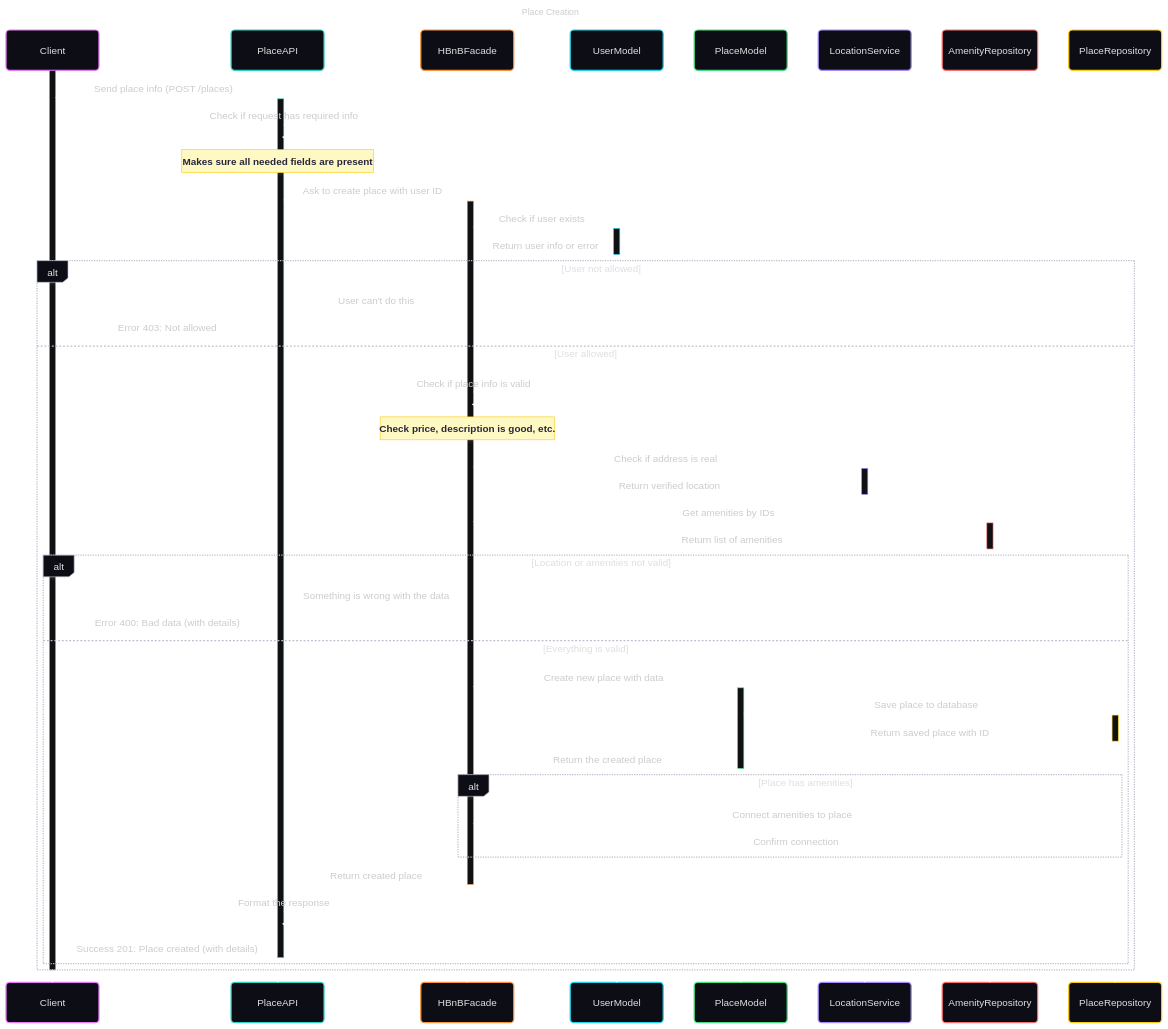
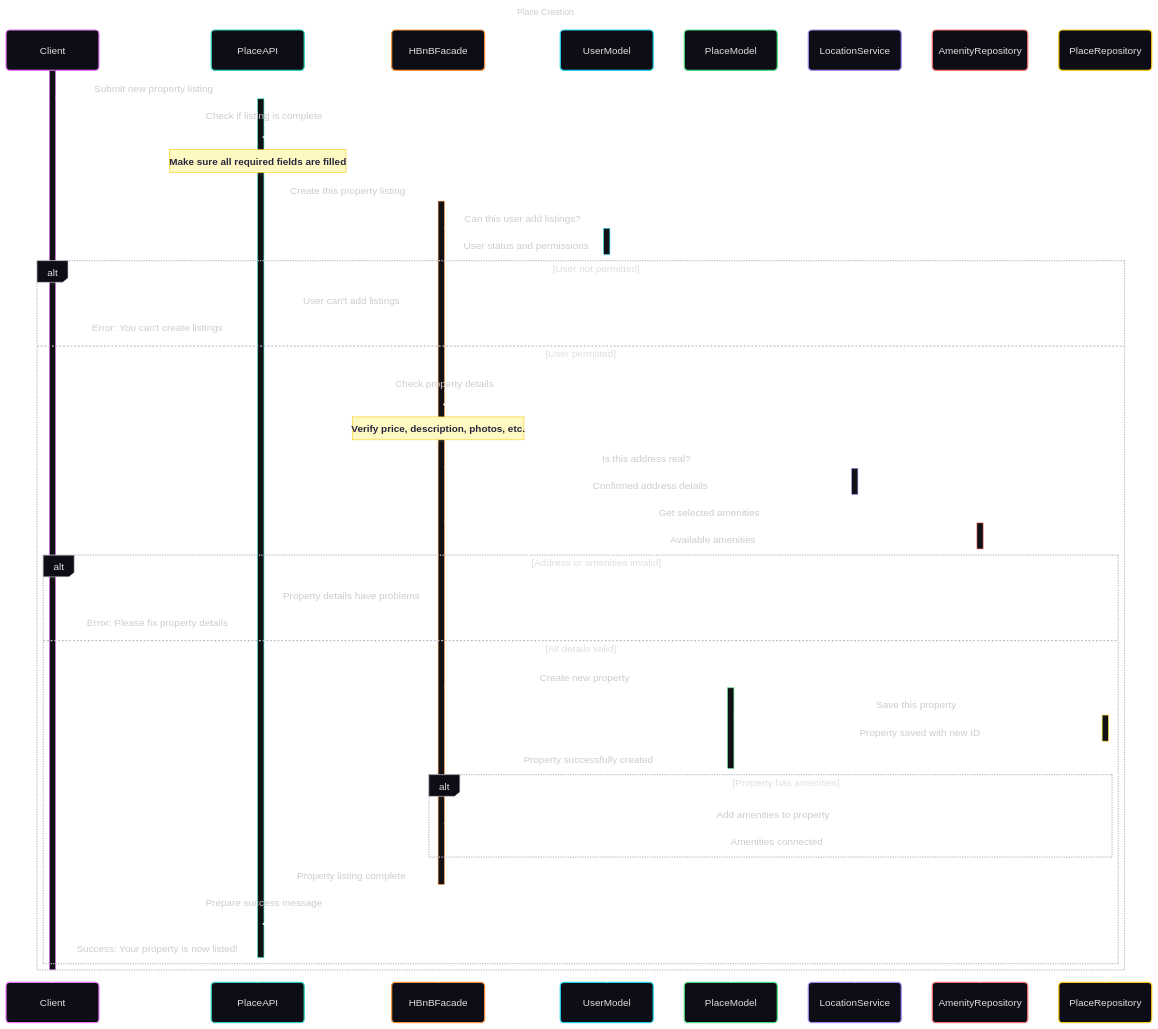
One commit to Steph974-Git/holbertonschool-hbnb changed the fourth of 5 diagrams in README.md. Above: the diagram before and after it, drawn with Mermaid. The commit also changed other lines of this file, not shown here.

Commit message:
Refactor sequence diagrams for user registration and property listing: enhance clarity and detail in API interactions, and add review submission diagram.

````diff
--- a/README.md
+++ b/README.md
@@ -300,54 +300,55 @@
 ```mermaid
 ---
 config:
   theme: redux-dark-color
   look: neo
 title : Place Creation
 ---
 sequenceDiagram
     participant Client
     participant PlaceAPI
     participant HBnBFacade
     participant UserModel
     participant PlaceModel
     participant LocationService
     participant AmenityRepository
     participant PlaceRepository
+    
     activate Client
-    Client->>+PlaceAPI: Send place info (POST /places)
+    Client->>+PlaceAPI: Submit new property listing
     activate PlaceAPI
-    PlaceAPI->>PlaceAPI: Check if request has required info
-    Note over PlaceAPI: Makes sure all needed fields are present
-    PlaceAPI->>+HBnBFacade: Ask to create place with user ID
+    PlaceAPI->>PlaceAPI: Check if listing is complete
+    Note over PlaceAPI: Make sure all required fields are filled
+    PlaceAPI->>+HBnBFacade: Create this property listing
     activate HBnBFacade
-    HBnBFacade->>+UserModel: Check if user exists
-    UserModel-->>-HBnBFacade: Return user info or error
-    alt User not allowed
-        HBnBFacade-->>PlaceAPI: User can't do this
-        PlaceAPI-->>Client: Error 403: Not allowed
-    else User allowed
-        HBnBFacade->>HBnBFacade: Check if place info is valid
-        Note over HBnBFacade: Check price, description is good, etc.
-        HBnBFacade->>+LocationService: Check if address is real
-        LocationService-->>-HBnBFacade: Return verified location
-        HBnBFacade->>+AmenityRepository: Get amenities by IDs
-        AmenityRepository-->>-HBnBFacade: Return list of amenities
-        alt Location or amenities not valid
-            HBnBFacade-->>PlaceAPI: Something is wrong with the data
-            PlaceAPI-->>Client: Error 400: Bad data (with details)
-        else Everything is valid
-            HBnBFacade->>+PlaceModel: Create new place with data
-            PlaceModel->>+PlaceRepository: Save place to database
-            PlaceRepository-->>-PlaceModel: Return saved place with ID
-            PlaceModel-->>-HBnBFacade: Return the created place
-            alt Place has amenities
-                HBnBFacade->>PlaceRepository: Connect amenities to place
-                PlaceRepository-->>HBnBFacade: Confirm connection
+    HBnBFacade->>+UserModel: Can this user add listings?
+    UserModel-->>-HBnBFacade: User status and permissions
+    alt User not permitted
+        HBnBFacade-->>PlaceAPI: User can't add listings
+        PlaceAPI-->>Client: Error: You can't create listings
+    else User permitted
+        HBnBFacade->>HBnBFacade: Check property details
+        Note over HBnBFacade: Verify price, description, photos, etc.
+        HBnBFacade->>+LocationService: Is this address real?
+        LocationService-->>-HBnBFacade: Confirmed address details
+        HBnBFacade->>+AmenityRepository: Get selected amenities
+        AmenityRepository-->>-HBnBFacade: Available amenities
+        alt Address or amenities invalid
+            HBnBFacade-->>PlaceAPI: Property details have problems
+            PlaceAPI-->>Client: Error: Please fix property details
+        else All details valid
+            HBnBFacade->>+PlaceModel: Create new property
+            PlaceModel->>+PlaceRepository: Save this property
+            PlaceRepository-->>-PlaceModel: Property saved with new ID
+            PlaceModel-->>-HBnBFacade: Property successfully created
+            alt Property has amenities
+                HBnBFacade->>PlaceRepository: Add amenities to property
+                PlaceRepository-->>HBnBFacade: Amenities connected
             end
-            HBnBFacade-->>-PlaceAPI: Return created place
-            PlaceAPI->>PlaceAPI: Format the response
-            PlaceAPI-->>-Client: Success 201: Place created (with details)
+            HBnBFacade-->>-PlaceAPI: Property listing complete
+            PlaceAPI->>PlaceAPI: Prepare success message
+            PlaceAPI-->>-Client: Success: Your property is now listed!
         end
     end
     deactivate Client
 ```
````
